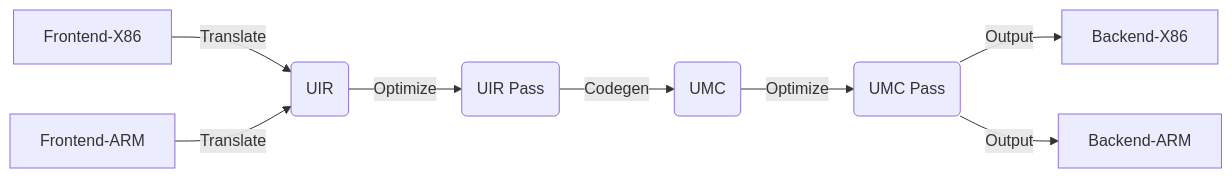
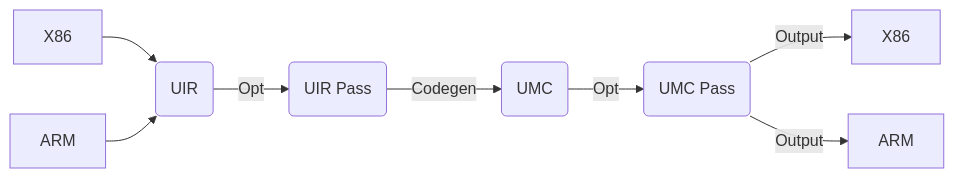
Before and after one commit to NewWorldComingSoon/UnknownRebuilder: the diagram in README.md, drawn with Mermaid.

````diff
--- a/README.md
+++ b/README.md
@@ -8,10 +8,10 @@
 ```mermaid
 flowchart LR
-A1[Frontend-X86] -->|Translate| B(UIR)
-A2[Frontend-ARM] -->|Translate| B(UIR)
-B -->|Optimize| C(UIR Pass)
+A1[X86] -->| | B(UIR)
+A2[ARM] -->| | B(UIR)
+B -->|Opt| C(UIR Pass)
 C -->|Codegen| D(UMC)
-D -->|Optimize| E(UMC Pass)
-E -->|Output| F1[Backend-X86]
-E -->|Output| F2[Backend-ARM]
+D -->|Opt| E(UMC Pass)
+E -->|Output| F1[X86]
+E -->|Output| F2[ARM]
 ```
````
